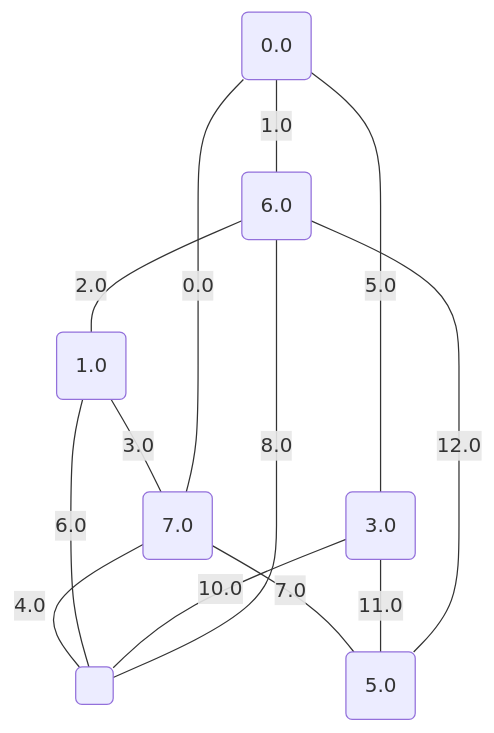
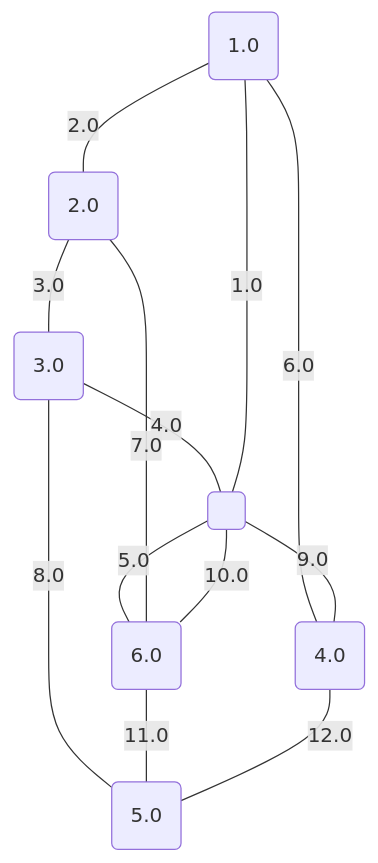
One commit to metury/graphs changed the seventh of 17 diagrams in project/src/testing/minCutPetersen.md. Above: the diagram before and after it, drawn with Mermaid. The commit also changed other lines of this file and 2 other files, not shown here.

````diff
--- a/project/src/testing/minCutPetersen.md
+++ b/project/src/testing/minCutPetersen.md
@@ -191,22 +191,22 @@
 ```mermaid
 graph TD;
-0("0.0");
-1("1.0");
+0("1.0");
+1("2.0");
 2("3.0");
-3("5.0");
-4("6.0");
-5("7.0");
+3("4.0");
+4("5.0");
+5("6.0");
 6(" ");
-	5 -- "0.0" --- 0;
-	0 -- "1.0" --- 4;
-	4 -- "2.0" --- 1;
-	1 -- "3.0" --- 5;
-	5 -- "4.0" --- 6;
-	0 -- "5.0" --- 2;
-	1 -- "6.0" --- 6;
-	5 -- "7.0" --- 3;
-	6 -- "8.0" --- 4;
-	2 -- "10.0" --- 6;
-	2 -- "11.0" --- 3;
-	4 -- "12.0" --- 3;
+	6 -- "1.0" --- 0;
+	0 -- "2.0" --- 1;
+	1 -- "3.0" --- 2;
+	2 -- "4.0" --- 6;
+	6 -- "5.0" --- 5;
+	0 -- "6.0" --- 3;
+	1 -- "7.0" --- 5;
+	2 -- "8.0" --- 4;
+	6 -- "9.0" --- 3;
+	6 -- "10.0" --- 5;
+	5 -- "11.0" --- 4;
+	3 -- "12.0" --- 4;
 ```
````
